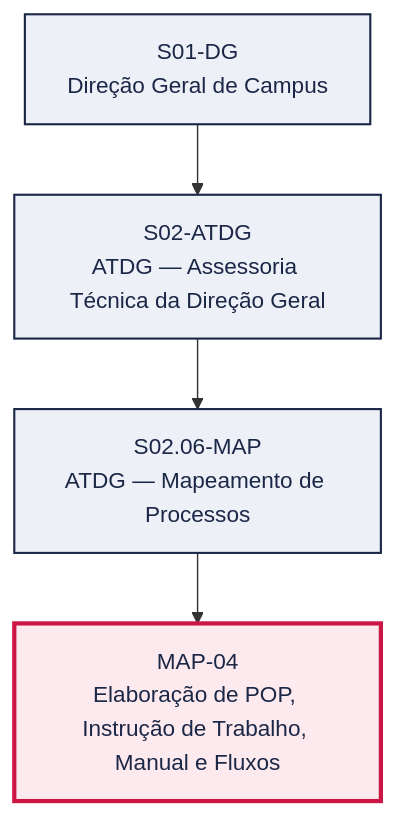
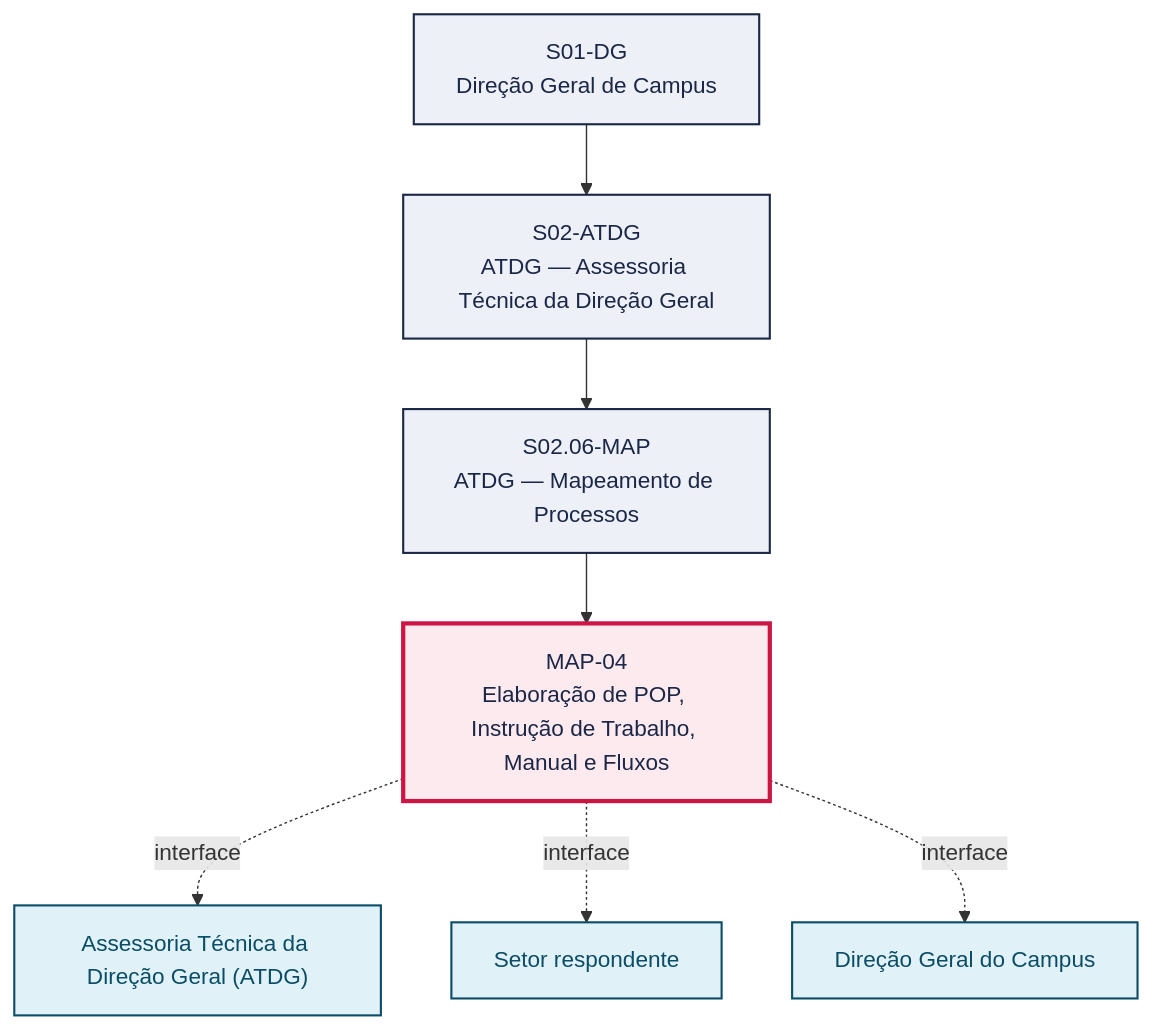
Before and after one commit to jessefers/canvas-vivo-atdg: the first of 2 diagrams in pops/MAP/MAP-04.md, drawn with Mermaid. The commit also changed other lines of this file and 61 other files, not shown here.

````diff
--- a/pops/MAP/MAP-04.md
+++ b/pops/MAP/MAP-04.md
@@ -49,15 +52,22 @@
 ```mermaid
 graph TD
   S01_DG["S01-DG<br/>Direção Geral de Campus"]
   S02_ATDG["S02-ATDG<br/>ATDG — Assessoria Técnica da Direção Geral"]
   S01_DG --> S02_ATDG
   S02_06_MAP["S02.06-MAP<br/>ATDG — Mapeamento de Processos"]
   S02_ATDG --> S02_06_MAP
   P["MAP-04<br/>Elaboração de POP, Instrução de Trabalho, Manual e Fluxos"]
   S02_06_MAP --> P
+  V1["Assessoria Técnica da Direção Geral (ATDG)"]
+  P -. interface .-> V1
+  V2["Setor respondente"]
+  P -. interface .-> V2
+  V3["Direção Geral do Campus"]
+  P -. interface .-> V3
   classDef setor fill:#EEF0F7,stroke:#1B2747,stroke-width:1.5px,color:#1B2747
   classDef destaque fill:#FDEAEE,stroke:#CC1544,stroke-width:3px,color:#1B2747
   classDef vizinho fill:#E0F2F8,stroke:#0B4D66,stroke-width:1.5px,color:#0B4D66
   class S01_DG,S02_ATDG,S02_06_MAP setor
   class P destaque
+  class V1,V2,V3 vizinho
 ```
````
